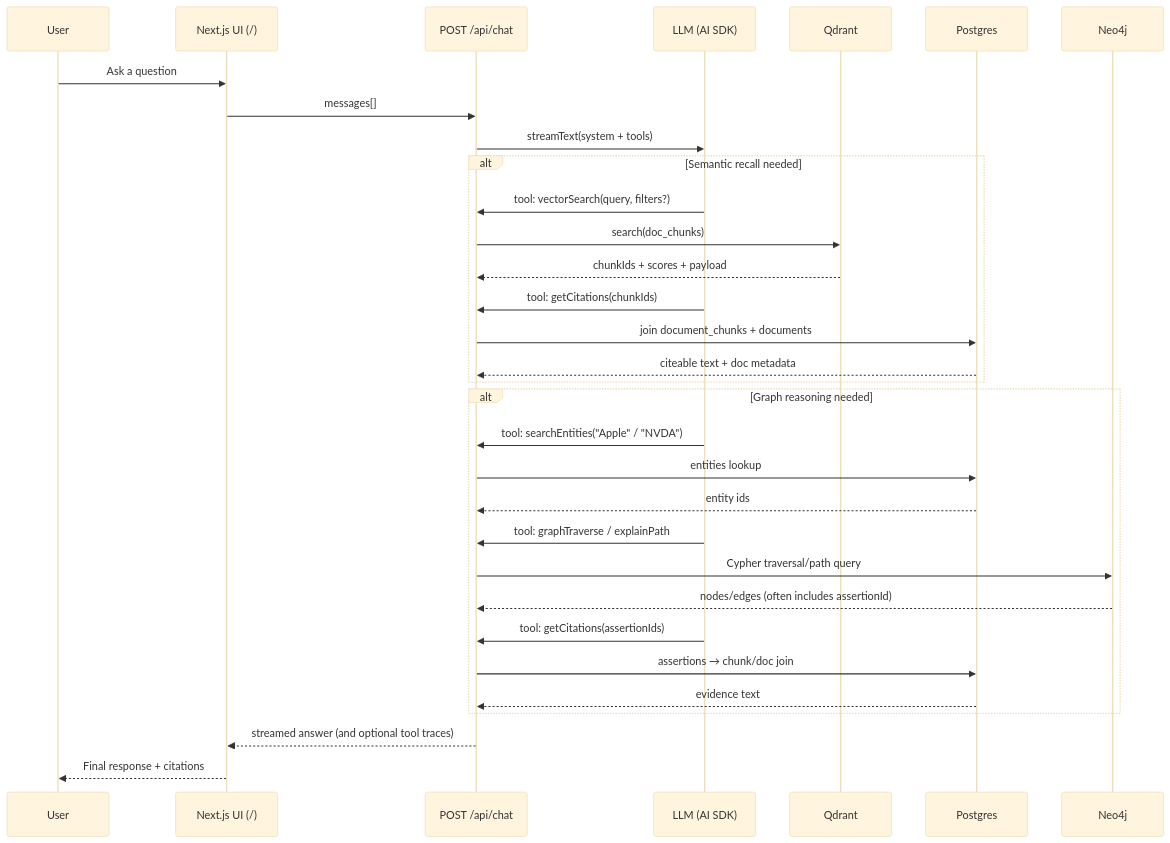
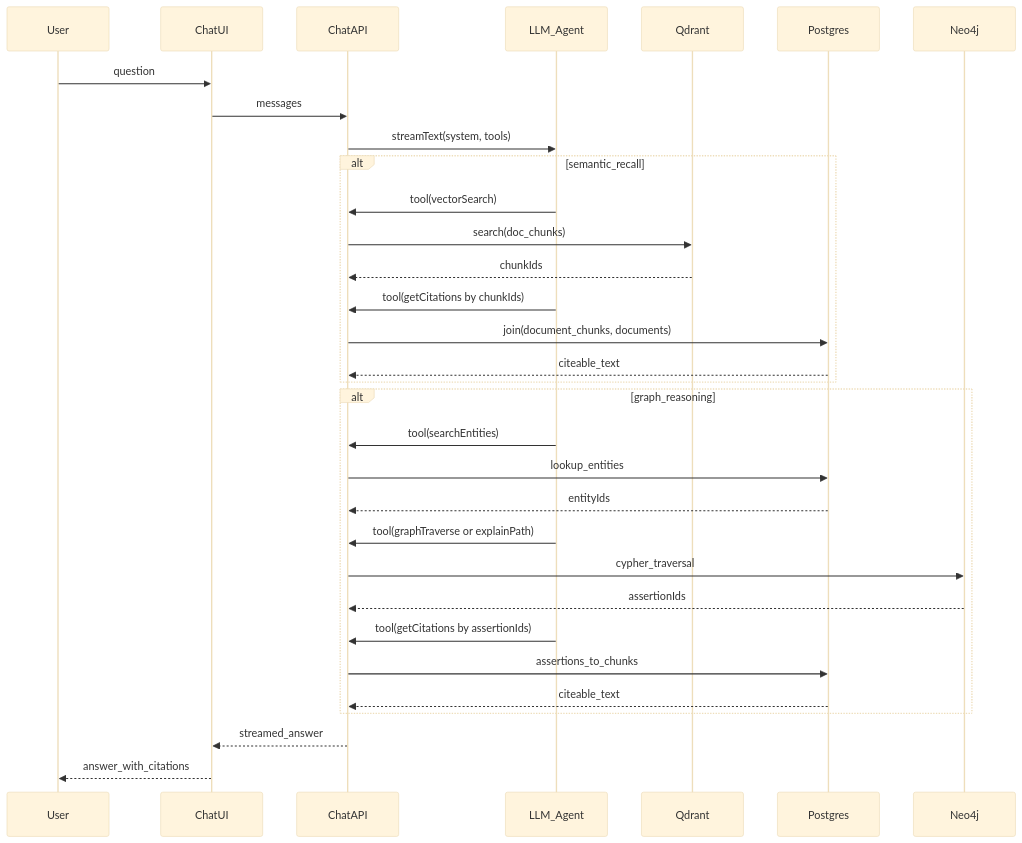
Before and after one commit to krahimov/finance_agent: the sixth of 7 diagrams in docs/architecture.md, drawn with Mermaid (base theme). The commit also changed other lines of this file, not shown here.

Commit message:
Improve architecture diagrams (one-page + end-to-end)

````diff
--- a/docs/architecture.md
+++ b/docs/architecture.md
@@ -317,38 +390,38 @@
 ```mermaid
 sequenceDiagram
-  participant U as User
-  participant UI as Next.js UI (/)
-  participant API as POST /api/chat
-  participant L as LLM (AI SDK)
-  participant Q as Qdrant
-  participant PG as Postgres
-  participant N as Neo4j
+  participant User as User
+  participant ChatUI as ChatUI
+  participant ChatAPI as ChatAPI
+  participant Agent as LLM_Agent
+  participant Qdrant as Qdrant
+  participant Postgres as Postgres
+  participant Neo4j as Neo4j
 
-  U->>UI: Ask a question
-  UI->>API: messages[]
-  API->>L: streamText(system + tools)
+  User->>ChatUI: question
+  ChatUI->>ChatAPI: messages
+  ChatAPI->>Agent: streamText(system, tools)
 
-  alt Semantic recall needed
-    L->>API: tool: vectorSearch(query, filters?)
-    API->>Q: search(doc_chunks)
-    Q-->>API: chunkIds + scores + payload
-    L->>API: tool: getCitations(chunkIds)
-    API->>PG: join document_chunks + documents
-    PG-->>API: citeable text + doc metadata
+  alt semantic_recall
+    Agent->>ChatAPI: tool(vectorSearch)
+    ChatAPI->>Qdrant: search(doc_chunks)
+    Qdrant-->>ChatAPI: chunkIds
+    Agent->>ChatAPI: tool(getCitations by chunkIds)
+    ChatAPI->>Postgres: join(document_chunks, documents)
+    Postgres-->>ChatAPI: citeable_text
   end
 
-  alt Graph reasoning needed
-    L->>API: tool: searchEntities("Apple" / "NVDA")
-    API->>PG: entities lookup
-    PG-->>API: entity ids
-    L->>API: tool: graphTraverse / explainPath
-    API->>N: Cypher traversal/path query
-    N-->>API: nodes/edges (often includes assertionId)
-    L->>API: tool: getCitations(assertionIds)
-    API->>PG: assertions → chunk/doc join
-    PG-->>API: evidence text
+  alt graph_reasoning
+    Agent->>ChatAPI: tool(searchEntities)
+    ChatAPI->>Postgres: lookup_entities
+    Postgres-->>ChatAPI: entityIds
+    Agent->>ChatAPI: tool(graphTraverse or explainPath)
+    ChatAPI->>Neo4j: cypher_traversal
+    Neo4j-->>ChatAPI: assertionIds
+    Agent->>ChatAPI: tool(getCitations by assertionIds)
+    ChatAPI->>Postgres: assertions_to_chunks
+    Postgres-->>ChatAPI: citeable_text
   end
 
-  API-->>UI: streamed answer (and optional tool traces)
-  UI-->>U: Final response + citations
+  ChatAPI-->>ChatUI: streamed_answer
+  ChatUI-->>User: answer_with_citations
 ```
````
